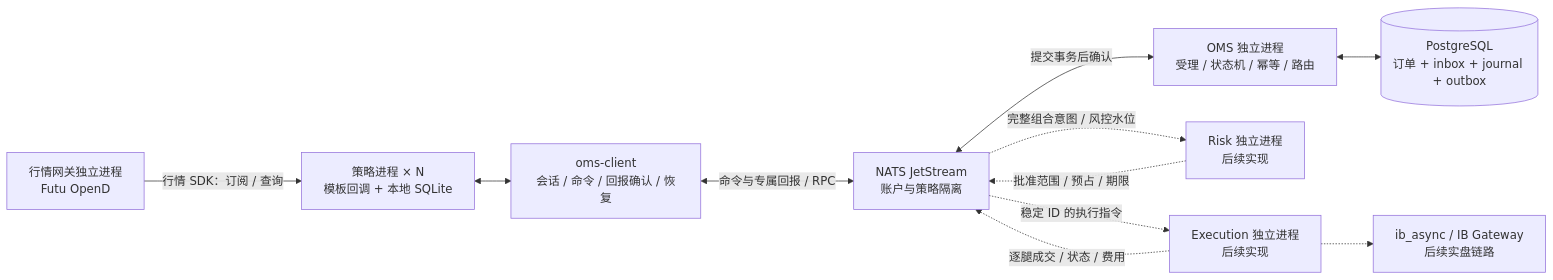
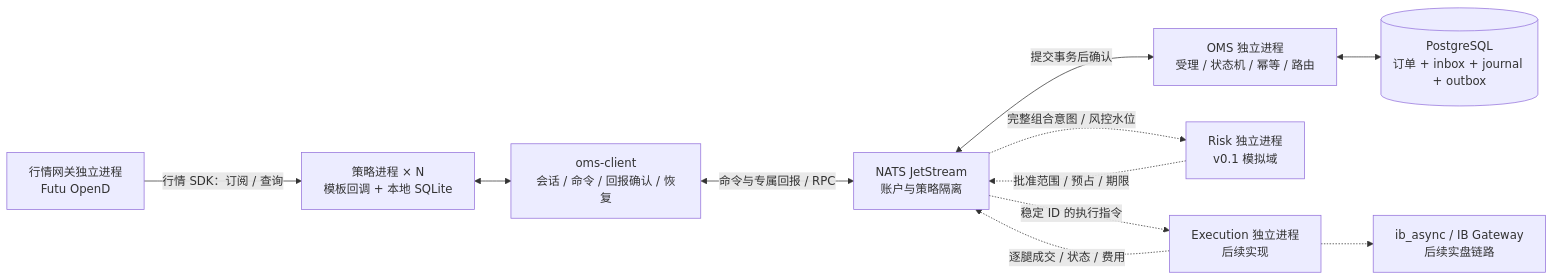
One commit to alleys-xia/account-service changed the diagram in docs/diagrams/oms-flow.mmd. Above: the diagram before and after it, drawn with Mermaid. The commit also changed 17 other files, not shown here.

```diff
--- a/docs/diagrams/oms-flow.mmd
+++ b/docs/diagrams/oms-flow.mmd
@@ -1,20 +1,20 @@
 flowchart LR
   ST["策略进程 × N<br/>模板回调 + 本地 SQLite"]
   SDK["oms-client<br/>会话 / 命令 / 回报确认 / 恢复"]
   BUS["NATS JetStream<br/>账户与策略隔离"]
   OMS["OMS 独立进程<br/>受理 / 状态机 / 幂等 / 路由"]
   DB[("PostgreSQL<br/>订单 + inbox + journal + outbox")]
-  RISK["Risk 独立进程<br/>后续实现"]
+  RISK["Risk 独立进程<br/>v0.1 模拟域"]
   EXEC["Execution 独立进程<br/>后续实现"]
   IB["ib_async / IB Gateway<br/>后续实盘链路"]
   MD["行情网关独立进程<br/>Futu OpenD"]
   MD -->|"行情 SDK：订阅 / 查询"| ST
   ST <--> SDK
   SDK <-->|"命令与专属回报 / RPC"| BUS
   BUS <-->|"提交事务后确认"| OMS
   OMS <--> DB
   BUS -.->|"完整组合意图 / 风控水位"| RISK
   RISK -.->|"批准范围 / 预占 / 期限"| BUS
   BUS -.->|"稳定 ID 的执行指令"| EXEC
   EXEC -.->|"逐腿成交 / 状态 / 费用"| BUS
   EXEC -.-> IB
```
